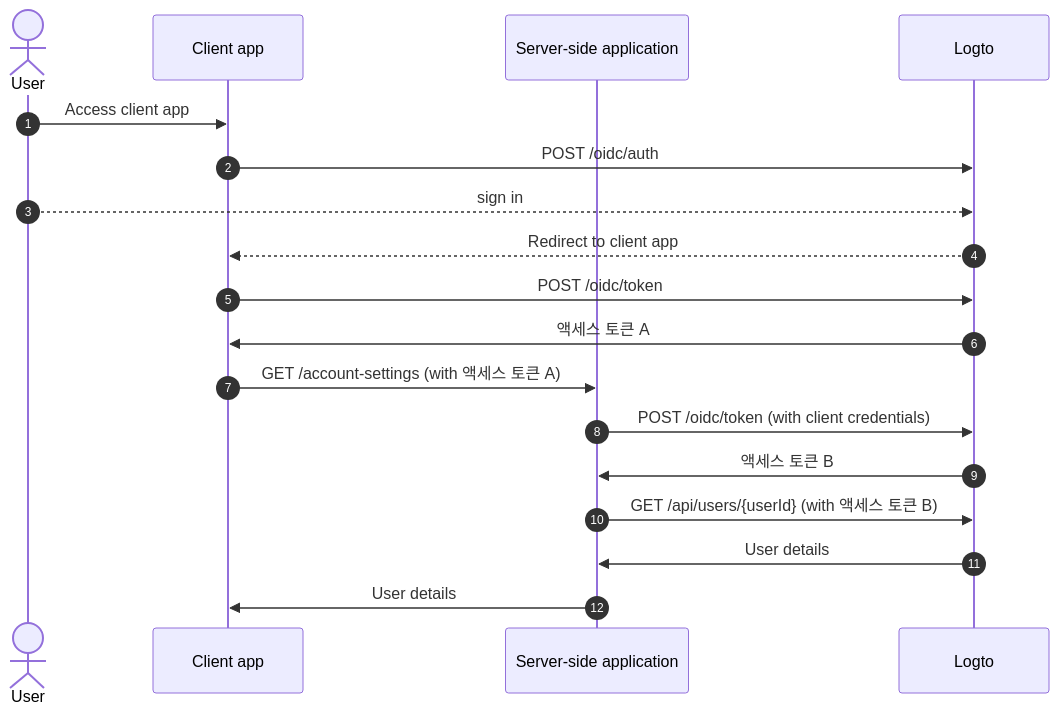
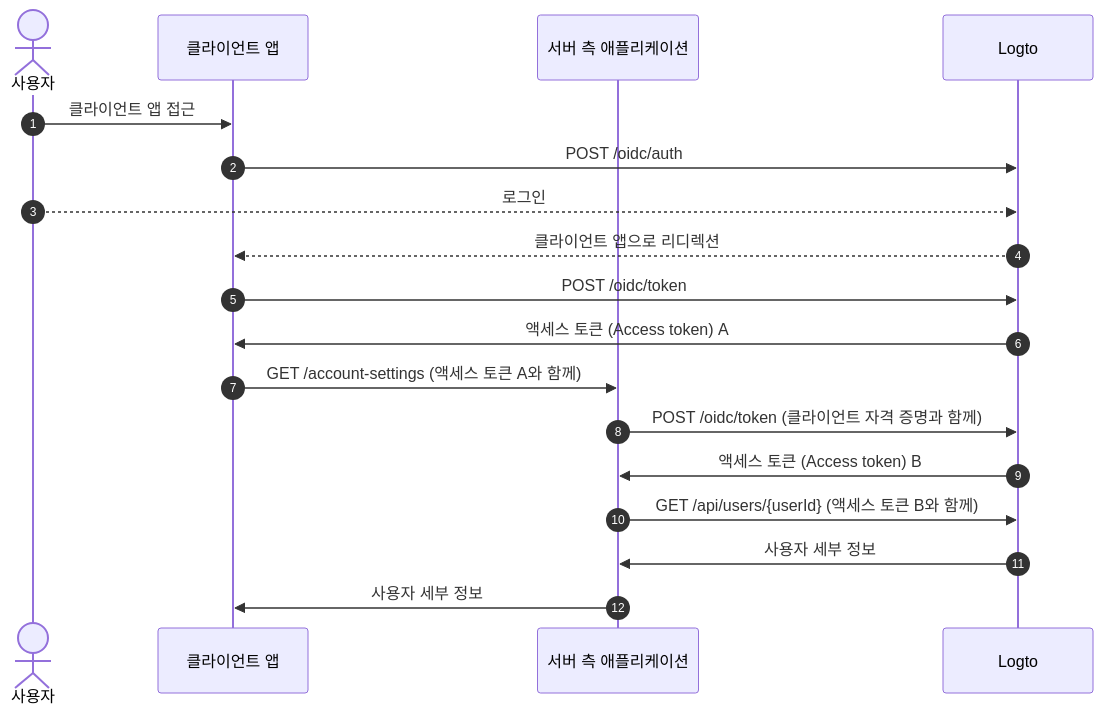
Before and after one commit to logto-io/docs: the second of 3 diagrams in i18n/ko/docusaurus-plugin-content-docs/current/end-user-flows/account-settings/by-management-api.mdx, drawn with Mermaid. The commit also changed other lines of this file and 162 other files, not shown here.

````diff
--- a/i18n/ko/docusaurus-plugin-content-docs/current/end-user-flows/account-settings/by-management-api.mdx
+++ b/i18n/ko/docusaurus-plugin-content-docs/current/end-user-flows/account-settings/by-management-api.mdx
@@ -27,21 +28,21 @@
 ```mermaid
   sequenceDiagram
     autonumber
-    actor User as User
-    participant Client as Client app
-    participant Server as Server-side application
+    actor User as 사용자
+    participant Client as 클라이언트 앱
+    participant Server as 서버 측 애플리케이션
     participant Logto as Logto
 
-    User ->> Client: Access client app
+    User ->> Client: 클라이언트 앱 접근
     Client ->> Logto: POST /oidc/auth
-    User -->> Logto: sign in
-    Logto -->> Client: Redirect to client app
+    User -->> Logto: 로그인
+    Logto -->> Client: 클라이언트 앱으로 리디렉션
     Client ->> Logto: POST /oidc/token
-    Logto ->> Client: 액세스 토큰 A
-    Client ->> Server: GET /account-settings (with 액세스 토큰 A)
-    Server ->> Logto: POST /oidc/token (with client credentials)
-    Logto ->> Server: 액세스 토큰 B
-    Server ->> Logto: GET /api/users/{userId} (with 액세스 토큰 B)
-    Logto ->> Server: User details
-    Server ->> Client: User details
+    Logto ->> Client: 액세스 토큰 (Access token) A
+    Client ->> Server: GET /account-settings (액세스 토큰 A와 함께)
+    Server ->> Logto: POST /oidc/token (클라이언트 자격 증명과 함께)
+    Logto ->> Server: 액세스 토큰 (Access token) B
+    Server ->> Logto: GET /api/users/{userId} (액세스 토큰 B와 함께)
+    Logto ->> Server: 사용자 세부 정보
+    Server ->> Client: 사용자 세부 정보
 ```
````
